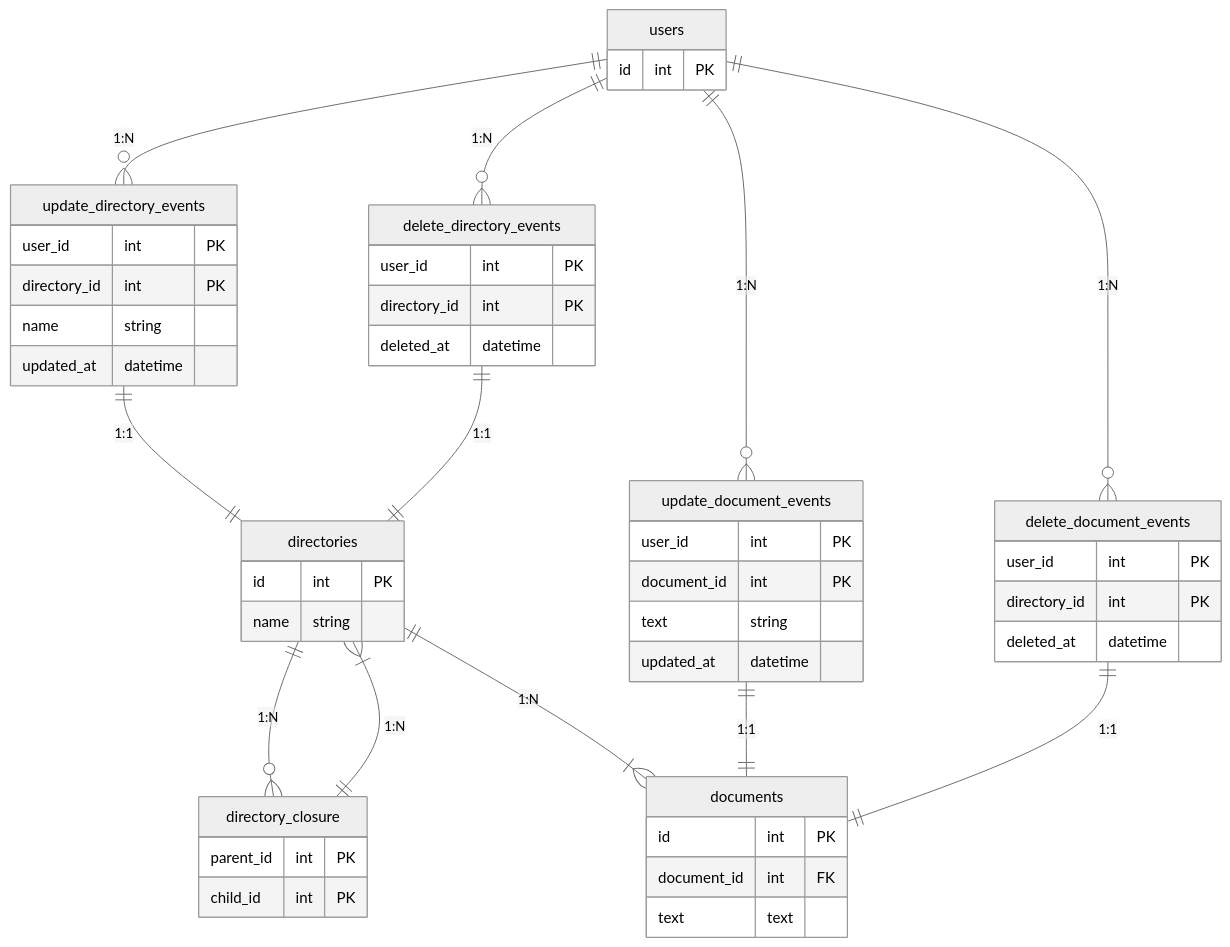
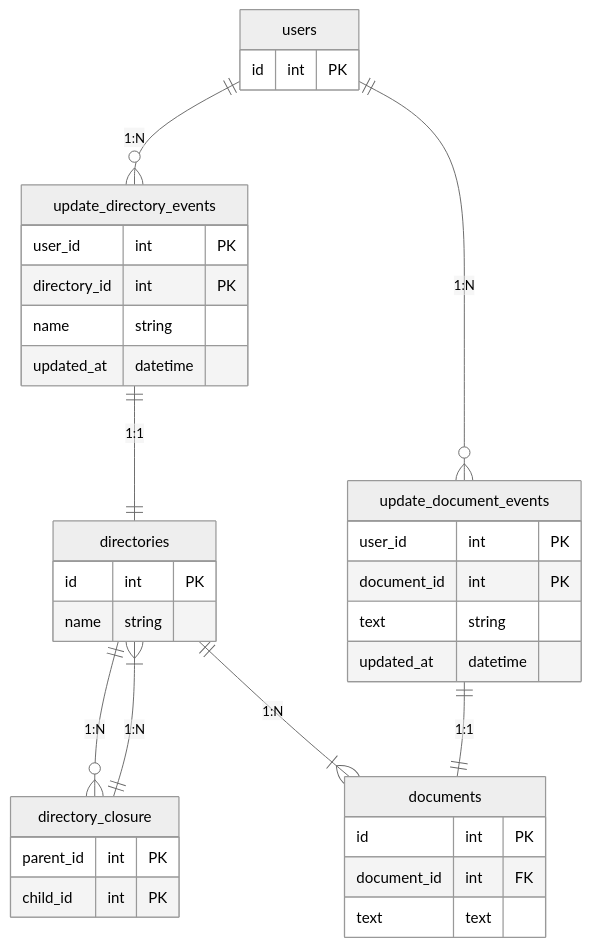
Before and after one commit to HitoroOhria/praha-challenge: the first of 2 diagrams in db/db-modeling-3/README.md, drawn with Mermaid (neutral theme).

Commit message:
削除イベントテーブルを削除

````diff
--- a/db/db-modeling-3/README.md
+++ b/db/db-modeling-3/README.md
@@ -5,61 +5,45 @@
 ```mermaid
 erDiagram
 
 users ||--o{ update_directory_events : "1:N"
-users ||--o{ delete_directory_events : "1:N"
 users ||--o{ update_document_events : "1:N"
-users ||--o{ delete_document_events : "1:N"
 users {
   id int PK
 }
 
 update_directory_events ||--|| directories : "1:1"
 update_directory_events {
   user_id int PK
   directory_id int PK
   name string
   updated_at datetime
-}
-
-delete_directory_events ||--|| directories : "1:1"
-delete_directory_events {
-  user_id int PK
-  directory_id int PK
-  deleted_at datetime
 }
 
 directories ||--o{ directory_closure : "1:N"
 directories ||--|{ documents : "1:N"
 directories {
   id int PK
   name string
 }
 
 directory_closure ||--|{ directories : "1:N"
 directory_closure {
   parent_id int PK
   child_id int PK
 }
 
 update_document_events ||--|| documents : "1:1"
 update_document_events {
   user_id int PK
   document_id int PK
   text string
   updated_at datetime
 }
 
-delete_document_events ||--|| documents : "1:1"
-delete_document_events {
-  user_id int PK
-  directory_id int PK
-  deleted_at datetime
-}
-
 documents {
   id int PK
   document_id int FK
   text text
 }
 
 ```
````
